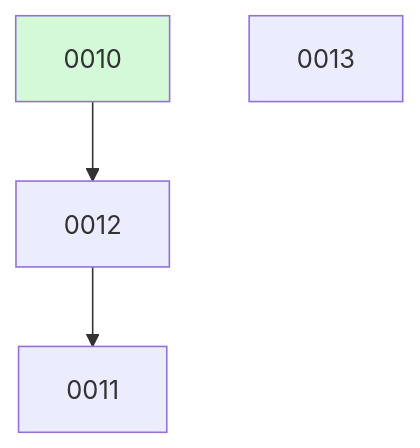
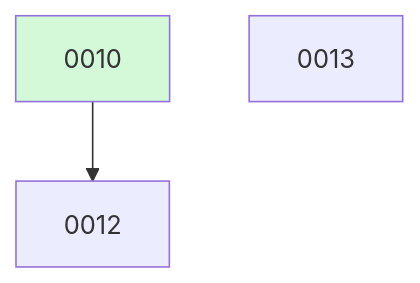
One commit to ethanhinson/fuse changed the diagram in docs/changes/BOARD.md. Above: the diagram before and after it, drawn with Mermaid. The commit also changed other lines of this file, not shown here.

````diff
--- a/docs/changes/BOARD.md
+++ b/docs/changes/BOARD.md
@@ -13,8 +12,7 @@
 ```mermaid
 graph TD
-  0012 --> 0011
   0010 --> 0012
   0013
   0010:::done
   classDef done fill:#d3f9d8;
 ```
````
